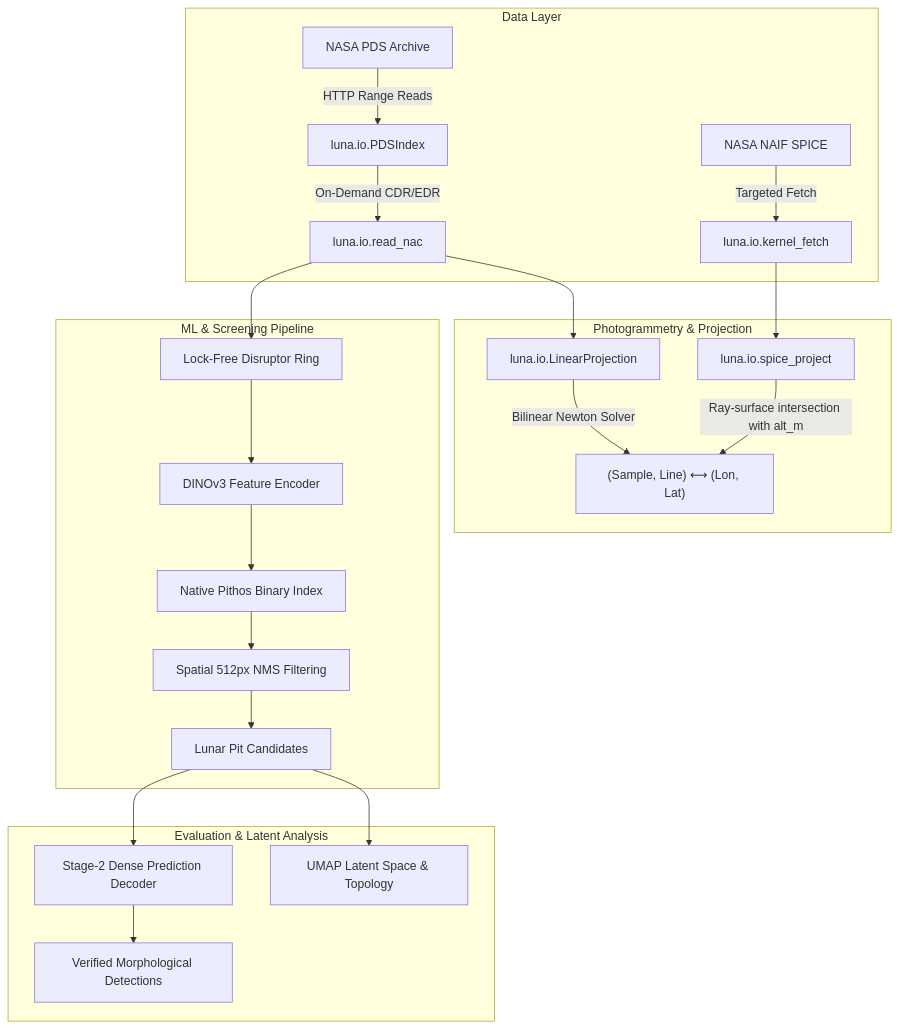
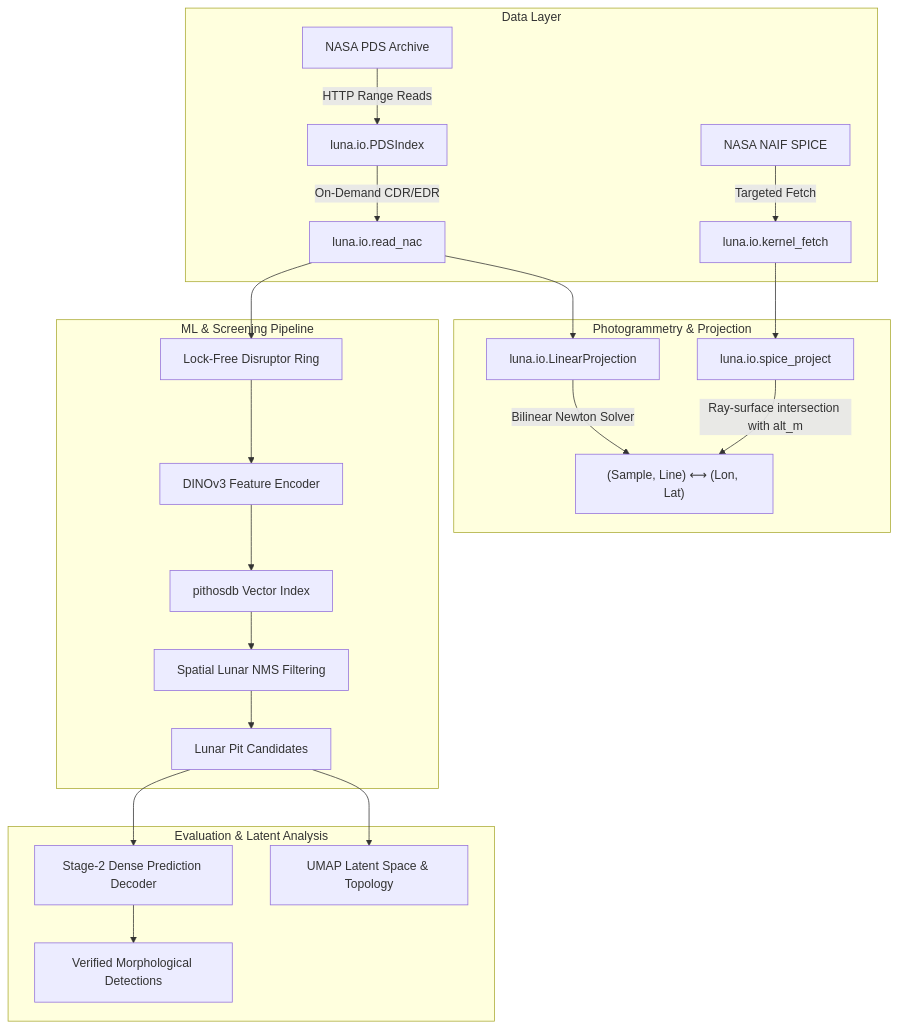
Before and after one commit to Quillstacks/luna: the diagram in docs/index.md, drawn with Mermaid. The commit also changed other lines of this file and 1 other file, not shown here.

````diff
--- a/docs/index.md
+++ b/docs/index.md
@@ -23,29 +23,29 @@
 ```mermaid
 flowchart TD
     subgraph Data["Data Layer"]
         PDS["NASA PDS Archive"] -->|HTTP Range Reads| PDSIndex["luna.io.PDSIndex"]
         PDSIndex -->|On-Demand CDR/EDR| Reader["luna.io.read_nac"]
         NAIF["NASA NAIF SPICE"] -->|Targeted Fetch| Kernels["luna.io.kernel_fetch"]
     end
 
     subgraph Photogrammetry["Photogrammetry & Projection"]
         Kernels --> SPICE["luna.io.spice_project"]
         Reader --> Proj["luna.io.LinearProjection"]
         SPICE -->|Ray-surface intersection with alt_m| CoordMap["(Sample, Line) ⟷ (Lon, Lat)"]
         Proj -->|Bilinear Newton Solver| CoordMap
     end
 
     subgraph Pipeline["ML & Screening Pipeline"]
         Reader --> RingBuffer["Lock-Free Disruptor Ring"]
         RingBuffer --> DINO["DINOv3 Feature Encoder"]
-        DINO --> Pithos["Native Pithos Binary Index"]
-        Pithos --> NMS["Spatial 512px NMS Filtering"]
+        DINO --> Pithos["pithosdb Vector Index"]
+        Pithos --> NMS["Spatial Lunar NMS Filtering"]
         NMS --> Candidates["Lunar Pit Candidates"]
     end
 
     subgraph Evaluation["Evaluation & Latent Analysis"]
         Candidates --> Stage2["Stage-2 Dense Prediction Decoder"]
         Candidates --> LatentMap["UMAP Latent Space & Topology"]
         Stage2 --> VerifiedPits["Verified Morphological Detections"]
     end
 ```
````
